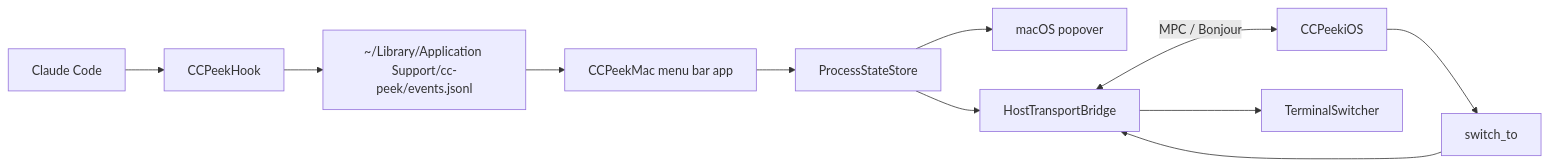
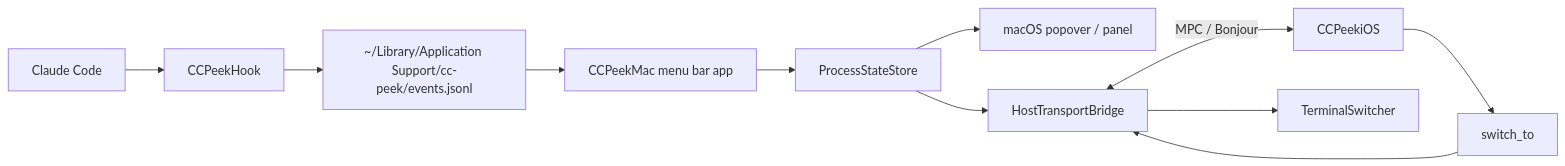
The diagram in README.md (FalkoWing/CC-Peek), drawn with Mermaid before and after one commit. The commit also changed other lines of this file, not shown here.

````diff
--- a/README.md
+++ b/README.md
@@ -33,13 +38,13 @@
 ```mermaid
 flowchart LR
     Claude["Claude Code"] --> Hook["CCPeekHook"]
     Hook --> Events["~/Library/Application Support/cc-peek/events.jsonl"]
     Events --> Mac["CCPeekMac menu bar app"]
     Mac --> Store["ProcessStateStore"]
-    Store --> UI["macOS popover"]
+    Store --> UI["macOS popover / panel"]
     Store --> Bridge["HostTransportBridge"]
     Bridge <-->|MPC / Bonjour| IOS["CCPeekiOS"]
     IOS --> Switch["switch_to"]
     Switch --> Bridge
     Bridge --> Terminal["TerminalSwitcher"]
 ```
````
